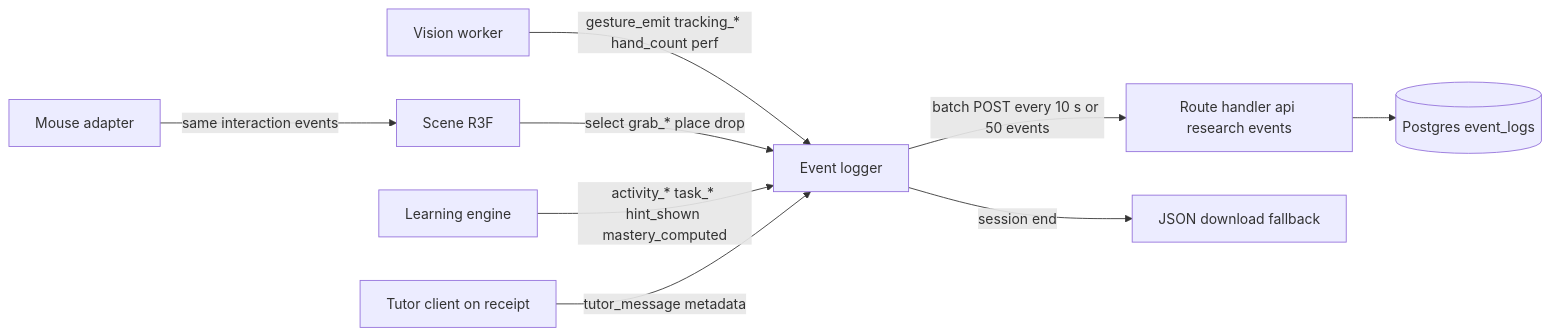
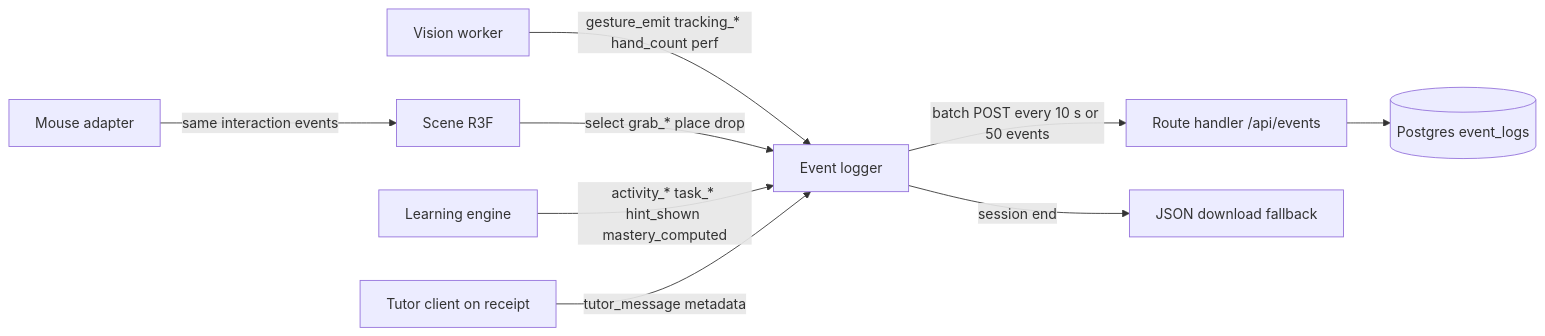
Before and after one commit to bses7/Grasp: the diagram in docs/14-evaluation-methodology.md, drawn with Mermaid. The commit also changed other lines of this file and 113 other files, not shown here.

````diff
--- a/docs/14-evaluation-methodology.md
+++ b/docs/14-evaluation-methodology.md
@@ -218,11 +248,11 @@
 ```mermaid
 flowchart LR
   V[Vision worker] -->|gesture_emit tracking_* hand_count perf| L[Event logger]
   S[Scene R3F] -->|select grab_* place drop| L
   G[Learning engine] -->|activity_* task_* hint_shown mastery_computed| L
   A[Tutor client on receipt] -->|tutor_message metadata| L
   M[Mouse adapter] -->|same interaction events| S
-  L -->|batch POST every 10 s or 50 events| R[Route handler api research events]
+  L -->|batch POST every 10 s or 50 events| R["Route handler /api/events"]
   L -->|session end| D[JSON download fallback]
   R --> P[(Postgres event_logs)]
 ```
````
